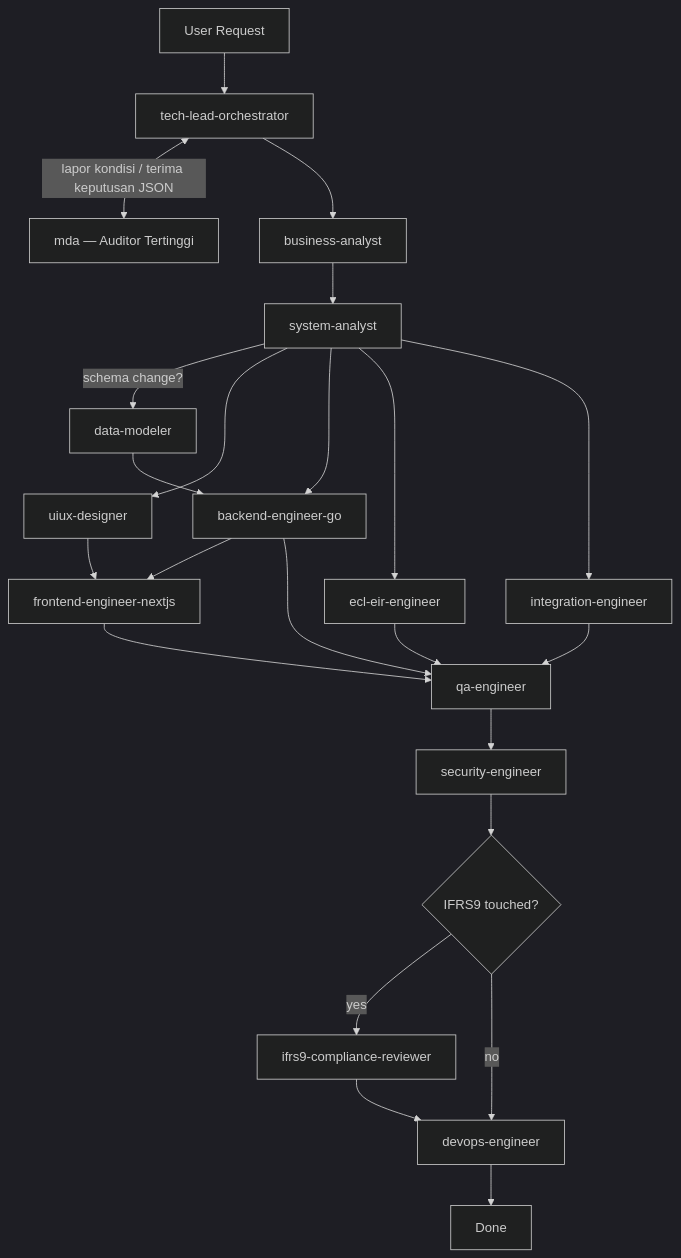
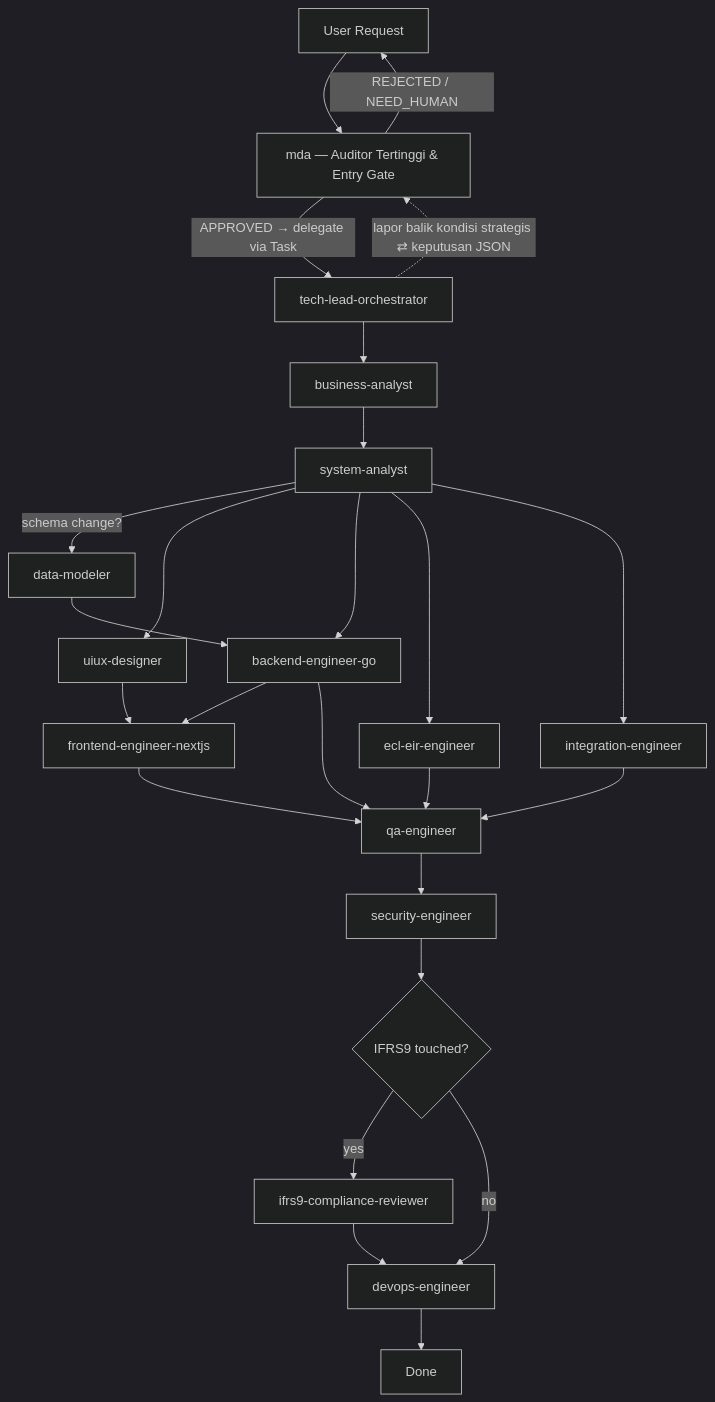
The diagram in .claude/AGENT-TEAM.md (fairuzzbd/ifrs9ai), drawn with Mermaid (dark theme) before and after one commit. The commit also changed other lines of this file and 4 other files, not shown here.

Commit message:
chore(repo): refine mda entry-gate governance model

````diff
--- a/.claude/AGENT-TEAM.md
+++ b/.claude/AGENT-TEAM.md
@@ -62,25 +62,27 @@
 ```mermaid
 flowchart TD
-    U[User Request] --> O[tech-lead-orchestrator]
-    O <-->|lapor kondisi / terima keputusan JSON| MDA[mda — Auditor Tertinggi]
+    U[User Request] --> MDA[mda — Auditor Tertinggi & Entry Gate]
+    MDA -->|APPROVED → delegate via Task| O[tech-lead-orchestrator]
+    O -.->|lapor balik kondisi strategis ⇄ keputusan JSON| MDA
+    MDA -->|REJECTED / NEED_HUMAN| U
     O --> BA[business-analyst]
     BA --> SA[system-analyst]
     SA -->|schema change?| DM[data-modeler]
     SA --> UX[uiux-designer]
     DM --> BE
     SA --> BE[backend-engineer-go]
     SA --> ECL[ecl-eir-engineer]
     SA --> INT[integration-engineer]
     UX --> FE[frontend-engineer-nextjs]
     BE --> FE
     BE --> QA[qa-engineer]
     ECL --> QA
     INT --> QA
     FE --> QA
     QA --> SEC[security-engineer]
     SEC --> CR{IFRS9 touched?}
     CR -->|yes| IFRS[ifrs9-compliance-reviewer]
     CR -->|no| DEV[devops-engineer]
     IFRS --> DEV
     DEV --> DONE[Done]
 ```
````
